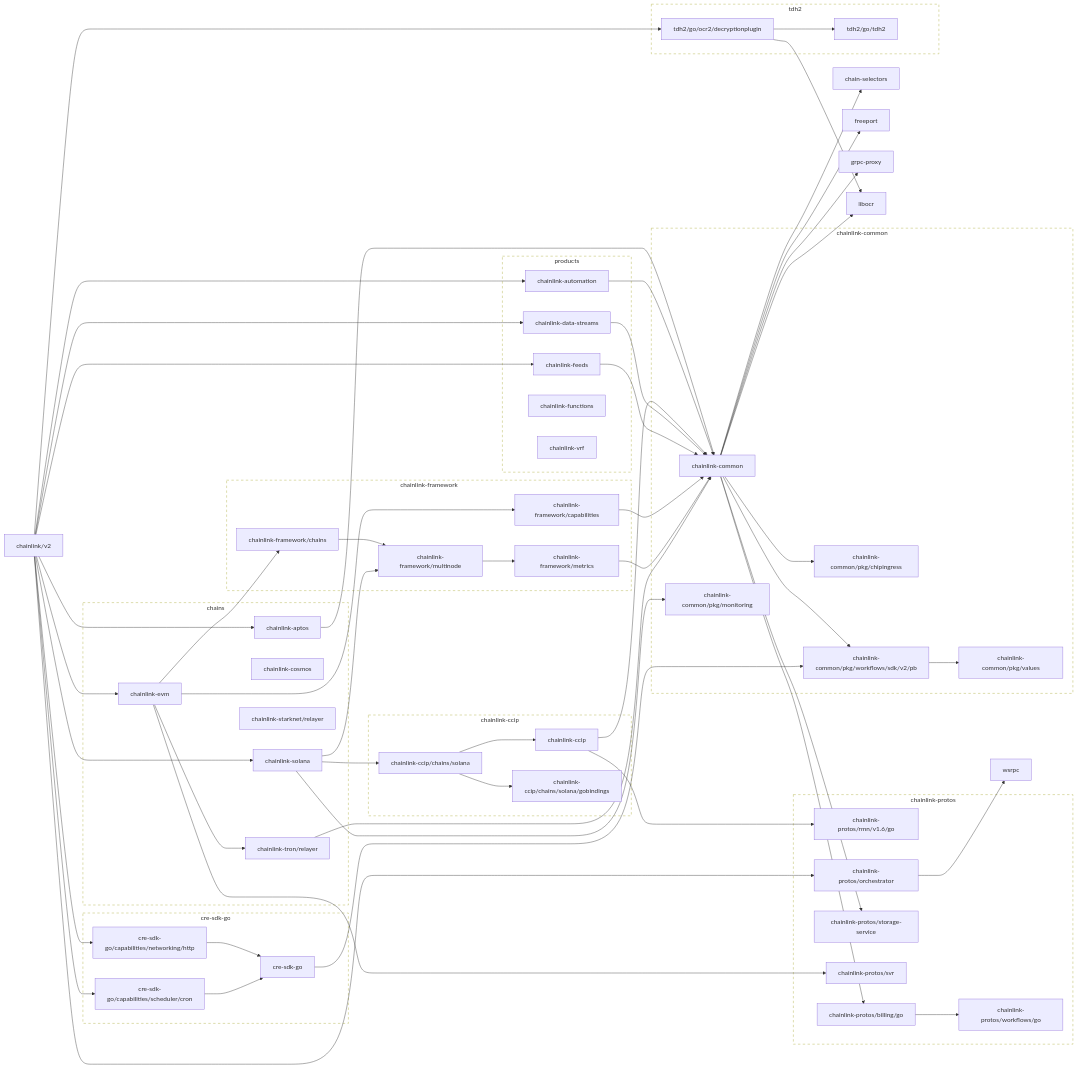
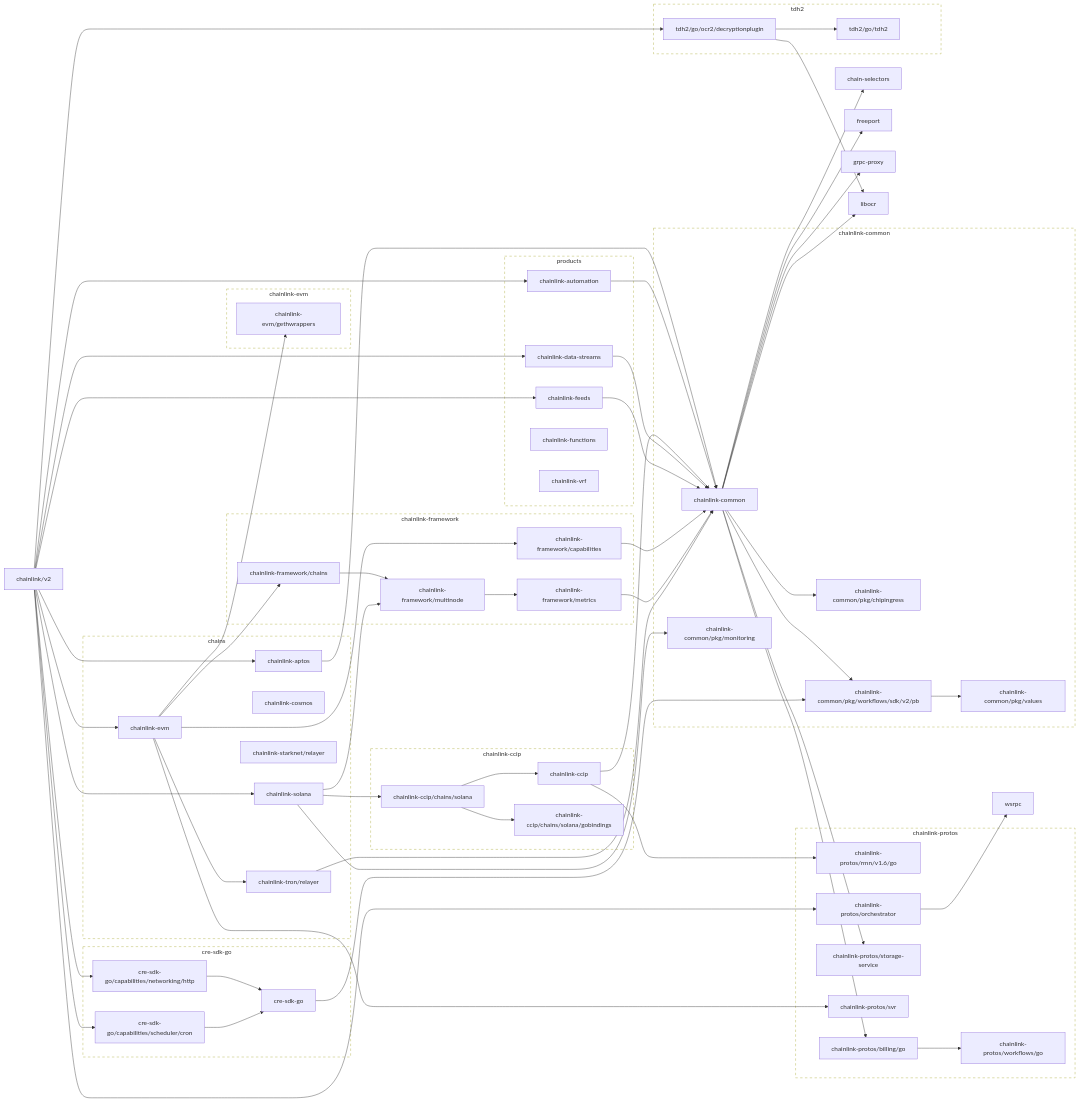
The first of 2 diagrams in go.md (JohnDaWalka/chainlink), drawn with Mermaid before and after one commit. The commit also changed other lines of this file and 80 other files, not shown here.

First line of the commit message:
Bump chainlink-evm (#18890)

````diff
--- a/go.md
+++ b/go.md
@@ -55,11 +55,14 @@
 	click chainlink-common/pkg/workflows/sdk/v2/pb href "https://github.com/smartcontractkit/chainlink-common"
 	chainlink-data-streams --> chainlink-common
 	click chainlink-data-streams href "https://github.com/smartcontractkit/chainlink-data-streams"
+	chainlink-evm --> chainlink-evm/gethwrappers
 	chainlink-evm --> chainlink-framework/capabilities
 	chainlink-evm --> chainlink-framework/chains
 	chainlink-evm --> chainlink-protos/svr
 	chainlink-evm --> chainlink-tron/relayer
 	click chainlink-evm href "https://github.com/smartcontractkit/chainlink-evm"
+	chainlink-evm/gethwrappers
+	click chainlink-evm/gethwrappers href "https://github.com/smartcontractkit/chainlink-evm"
 	chainlink-feeds --> chainlink-common
 	click chainlink-feeds href "https://github.com/smartcontractkit/chainlink-feeds"
 	chainlink-framework/capabilities --> chainlink-common
@@ -135,6 +138,12 @@
 	end
 	click chainlink-common-repo href "https://github.com/smartcontractkit/chainlink-common"
 
+	subgraph chainlink-evm-repo[chainlink-evm]
+		 chainlink-evm
+		 chainlink-evm/gethwrappers
+	end
+	click chainlink-evm-repo href "https://github.com/smartcontractkit/chainlink-evm"
+
 	subgraph chainlink-framework-repo[chainlink-framework]
 		 chainlink-framework/capabilities
 		 chainlink-framework/chains
@@ -167,5 +176,5 @@
 	click tdh2-repo href "https://github.com/smartcontractkit/tdh2"
 
 	classDef outline stroke-dasharray:6,fill:none;
-	class chainlink-ccip-repo,chainlink-common-repo,chainlink-framework-repo,chainlink-protos-repo,cre-sdk-go-repo,tdh2-repo outline
+	class chainlink-ccip-repo,chainlink-common-repo,chainlink-evm-repo,chainlink-framework-repo,chainlink-protos-repo,cre-sdk-go-repo,tdh2-repo outline
 ```
````
